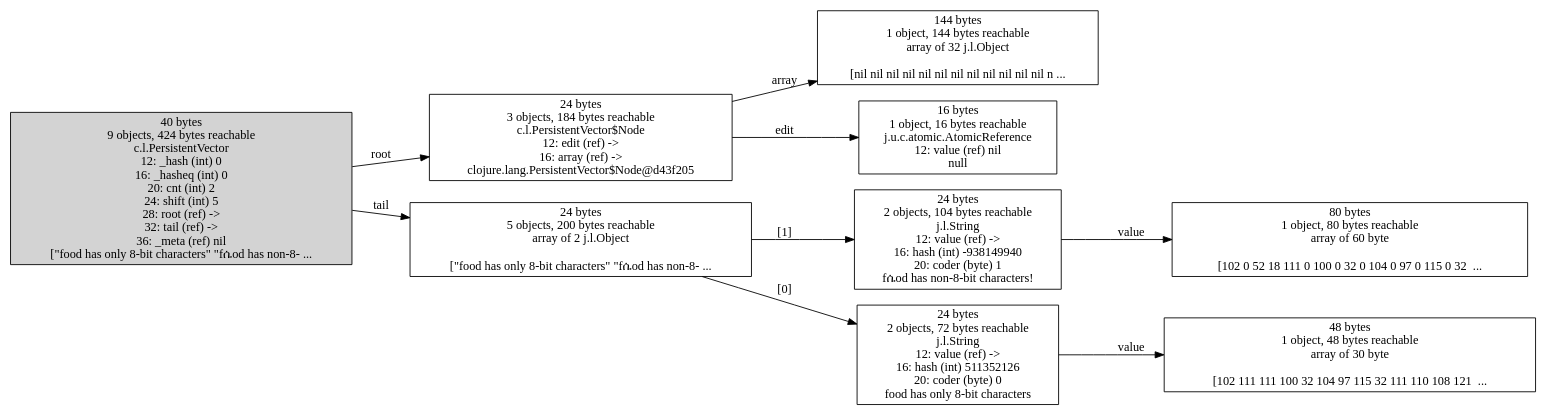
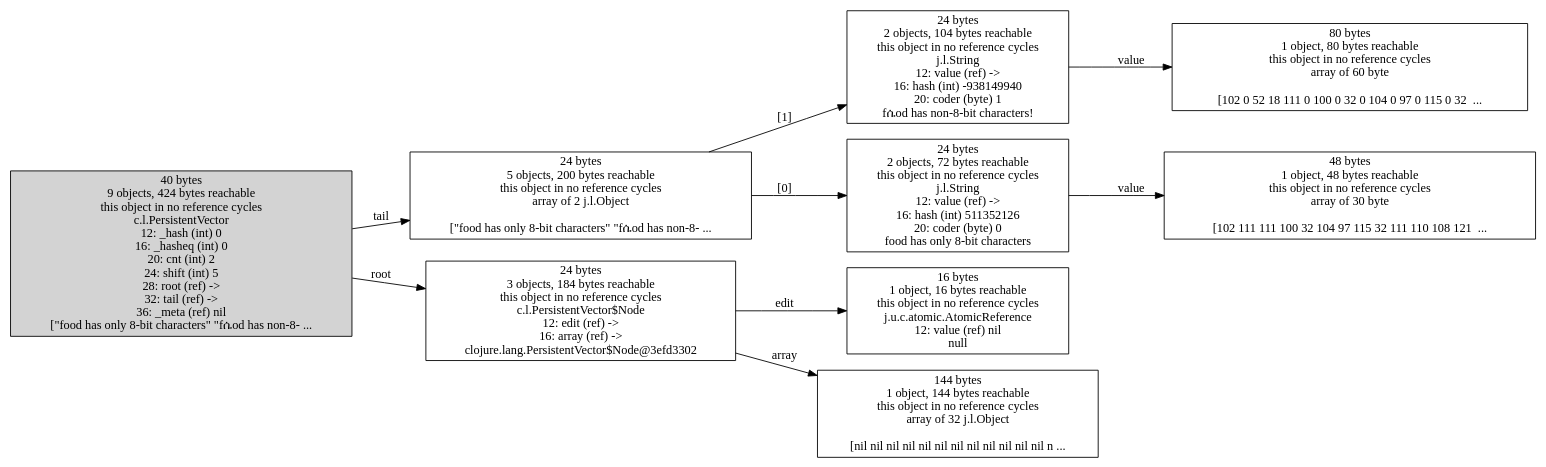
The diagram in doc/images/strings-8-bit-and-not-Linux-4.15.0-54-jdk-Oracle-9.0.4-clj-1.10.1.dot (jafingerhut/cljol), drawn with Graphviz before and after one commit. The commit also changed 4 other files, not shown here.

```diff
--- a/doc/images/strings-8-bit-and-not-Linux-4.15.0-54-jdk-Oracle-9.0.4-clj-1.10.1.dot
+++ b/doc/images/strings-8-bit-and-not-Linux-4.15.0-54-jdk-Oracle-9.0.4-clj-1.10.1.dot
@@ -1,67 +1,76 @@
 digraph {
 graph [layout=dot,rankdir=LR];
-"26374549568" ["scc-num-nodes"=1,label="80 bytes
-1 object, 80 bytes reachable
-array of 60 byte
+"26161428096" ["scc-num-nodes"=1,label="24 bytes
+5 objects, 200 bytes reachable
+this object in no reference cycles
+array of 2 j.l.Object
 
-[102 0 52 18 111 0 100 0 32 0 104 0 97 0 115 0 32  ...",shape=box];
-"26101009664" ["scc-num-nodes"=1,label="144 bytes
-1 object, 144 bytes reachable
-array of 32 j.l.Object
-
-[nil nil nil nil nil nil nil nil nil nil nil nil n ...",shape=box];
-"26392458304" ["scc-num-nodes"=1,label="24 bytes
+[\"food has only 8-bit characters\" \"fሴod has non-8- ...",shape=box];
+"26173241536" ["scc-num-nodes"=1,label="24 bytes
 2 objects, 104 bytes reachable
+this object in no reference cycles
 j.l.String
 12: value (ref) ->
 16: hash (int) -938149940
 20: coder (byte) 1
 fሴod has non-8-bit characters!",shape=box];
-"26101009344" ["scc-num-nodes"=1,label="24 bytes
-3 objects, 184 bytes reachable
-c.l.PersistentVector$Node
-12: edit (ref) ->
-16: array (ref) ->
-clojure.lang.PersistentVector$Node@d43f205",shape=box];
-"26393894400" ["scc-num-nodes"=1,label="24 bytes
+"26173214848" ["scc-num-nodes"=1,label="24 bytes
 2 objects, 72 bytes reachable
+this object in no reference cycles
 j.l.String
 12: value (ref) ->
 16: hash (int) 511352126
 20: coder (byte) 0
 food has only 8-bit characters",shape=box];
-"26376138368" ["scc-num-nodes"=1,label="24 bytes
-5 objects, 200 bytes reachable
-array of 2 j.l.Object
+"26086408512" ["scc-num-nodes"=1,label="24 bytes
+3 objects, 184 bytes reachable
+this object in no reference cycles
+c.l.PersistentVector$Node
+12: edit (ref) ->
+16: array (ref) ->
+clojure.lang.PersistentVector$Node@3efd3302",shape=box];
+"26096313024" ["scc-num-nodes"=1,label="16 bytes
+1 object, 16 bytes reachable
+this object in no reference cycles
+j.u.c.atomic.AtomicReference
+12: value (ref) nil
+null",shape=box];
+"26159382400" ["scc-num-nodes"=1,label="80 bytes
+1 object, 80 bytes reachable
+this object in no reference cycles
+array of 60 byte
 
-[\"food has only 8-bit characters\" \"fሴod has non-8- ...",shape=box];
-"26376138048" ["scc-num-nodes"=1,style=filled,label="40 bytes
+[102 0 52 18 111 0 100 0 32 0 104 0 97 0 115 0 32  ...",shape=box];
+"26159445376" ["scc-num-nodes"=1,label="48 bytes
+1 object, 48 bytes reachable
+this object in no reference cycles
+array of 30 byte
+
+[102 111 111 100 32 104 97 115 32 111 110 108 121  ...",shape=box];
+"26097243840" ["scc-num-nodes"=1,label="144 bytes
+1 object, 144 bytes reachable
+this object in no reference cycles
+array of 32 j.l.Object
+
+[nil nil nil nil nil nil nil nil nil nil nil nil n ...",shape=box];
+"26161427776" ["scc-num-nodes"=1,style=filled,label="40 bytes
 9 objects, 424 bytes reachable
+this object in no reference cycles
 c.l.PersistentVector
 12: _hash (int) 0
 16: _hasheq (int) 0
 20: cnt (int) 2
 24: shift (int) 5
 28: root (ref) ->
 32: tail (ref) ->
 36: _meta (ref) nil
 [\"food has only 8-bit characters\" \"fሴod has non-8- ...",shape=box];
-"26388302592" ["scc-num-nodes"=1,label="48 bytes
-1 object, 48 bytes reachable
-array of 30 byte
-
-[102 111 111 100 32 104 97 115 32 111 110 108 121  ...",shape=box];
-"26101009536" ["scc-num-nodes"=1,label="16 bytes
-1 object, 16 bytes reachable
-j.u.c.atomic.AtomicReference
-12: value (ref) nil
-null",shape=box];
-"26392458304" -> "26374549568" ["field-name"=value,label=value];
-"26101009344" -> "26101009536" ["field-name"=edit,label=edit];
-"26101009344" -> "26101009664" ["field-name"=array,label=array];
-"26393894400" -> "26388302592" ["field-name"=value,label=value];
-"26376138368" -> "26393894400" ["field-name"="[0]",label="[0]"];
-"26376138368" -> "26392458304" ["field-name"="[1]",label="[1]"];
-"26376138048" -> "26101009344" ["field-name"=root,label=root];
-"26376138048" -> "26376138368" ["field-name"=tail,label=tail];
+"26161428096" -> "26173214848" ["field-name"="[0]",label="[0]"];
+"26161428096" -> "26173241536" ["field-name"="[1]",label="[1]"];
+"26173241536" -> "26159382400" ["field-name"=value,label=value];
+"26173214848" -> "26159445376" ["field-name"=value,label=value];
+"26086408512" -> "26096313024" ["field-name"=edit,label=edit];
+"26086408512" -> "26097243840" ["field-name"=array,label=array];
+"26161427776" -> "26086408512" ["field-name"=root,label=root];
+"26161427776" -> "26161428096" ["field-name"=tail,label=tail];
 } 
```
